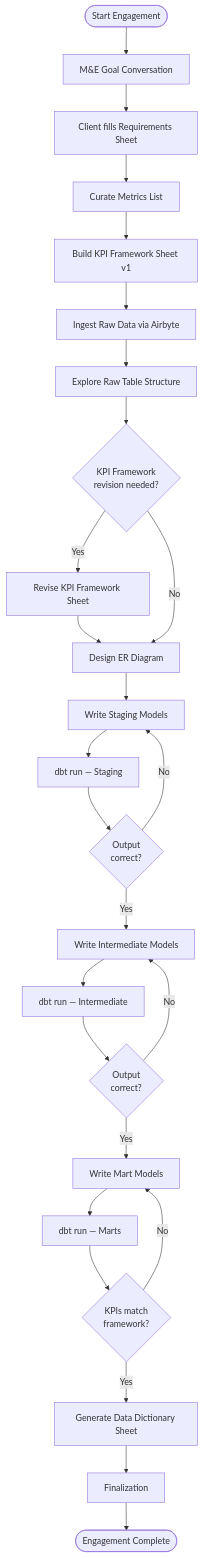
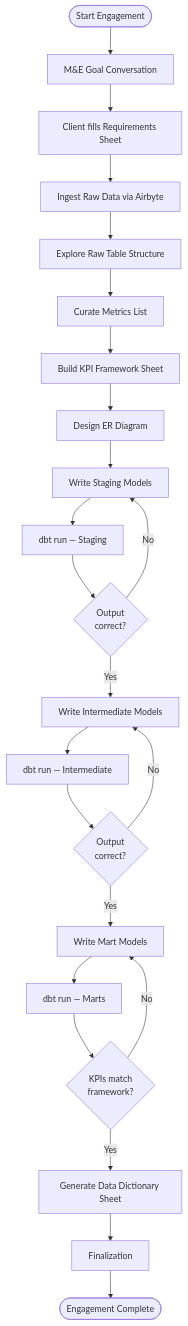
One commit to DalgoT4D/dalgo-core changed the first of 2 diagrams in workdocs/consulting/process.md. Above: the diagram before and after it, drawn with Mermaid. The commit also changed other lines of this file, not shown here.

````diff
--- a/workdocs/consulting/process.md
+++ b/workdocs/consulting/process.md
@@ -21,28 +21,25 @@
 ```mermaid
 flowchart TD
     A([Start Engagement]) --> B[M&E Goal Conversation]
     B --> C[Client fills Requirements Sheet]
-    C --> D[Curate Metrics List]
-    D --> E[Build KPI Framework Sheet v1]
-    E --> F[Ingest Raw Data via Airbyte]
-    F --> G[Explore Raw Table Structure]
-    G --> H{KPI Framework\nrevision needed?}
-    H -- Yes --> I[Revise KPI Framework Sheet]
-    I --> J[Design ER Diagram]
-    H -- No --> J
-    J --> K[Write Staging Models]
-    K --> L[dbt run — Staging]
-    L --> M{Output\ncorrect?}
-    M -- No --> K
-    M -- Yes --> N[Write Intermediate Models]
-    N --> O[dbt run — Intermediate]
-    O --> P{Output\ncorrect?}
-    P -- No --> N
-    P -- Yes --> Q[Write Mart Models]
-    Q --> R[dbt run — Marts]
-    R --> S{KPIs match\nframework?}
-    S -- No --> Q
-    S -- Yes --> T[Generate Data Dictionary Sheet]
-    T --> U[Finalization]
-    U --> V([Engagement Complete])
+    C --> D[Ingest Raw Data via Airbyte]
+    D --> E[Explore Raw Table Structure]
+    E --> F[Curate Metrics List]
+    F --> G[Build KPI Framework Sheet]
+    G --> H[Design ER Diagram]
+    H --> I[Write Staging Models]
+    I --> J[dbt run — Staging]
+    J --> K{Output\ncorrect?}
+    K -- No --> I
+    K -- Yes --> L[Write Intermediate Models]
+    L --> M[dbt run — Intermediate]
+    M --> N{Output\ncorrect?}
+    N -- No --> L
+    N -- Yes --> O[Write Mart Models]
+    O --> P[dbt run — Marts]
+    P --> Q{KPIs match\nframework?}
+    Q -- No --> O
+    Q -- Yes --> R[Generate Data Dictionary Sheet]
+    R --> S[Finalization]
+    S --> T([Engagement Complete])
 ```
````
